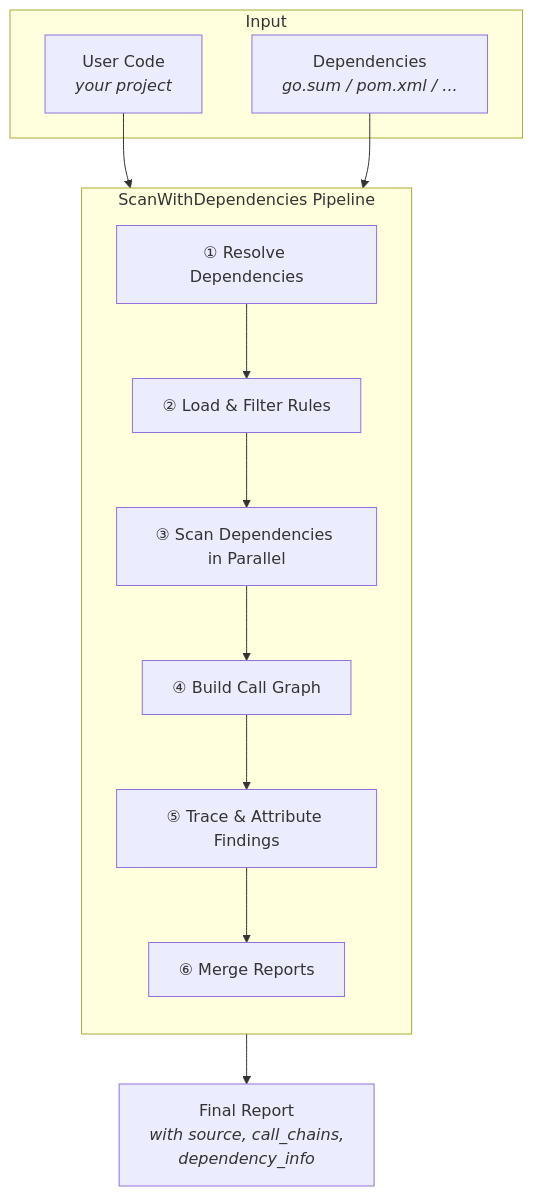
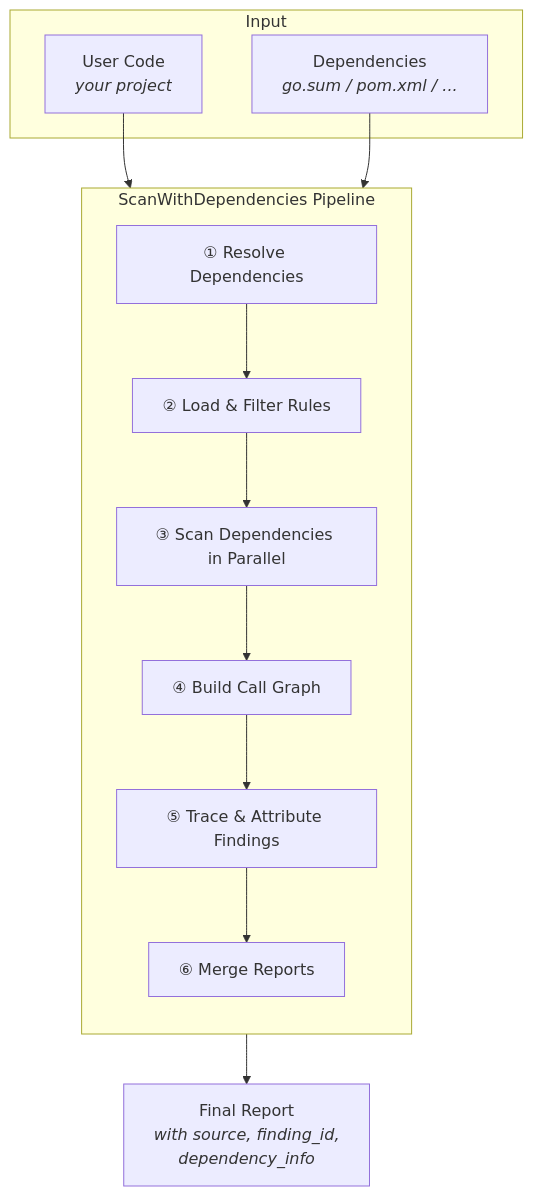
The first of 7 diagrams in docs/DEPENDENCY_SCANNING.md (scanoss/crypto-finder), drawn with Mermaid before and after one commit. The commit also changed other lines of this file and 92 other files, not shown here.

````diff
--- a/docs/DEPENDENCY_SCANNING.md
+++ b/docs/DEPENDENCY_SCANNING.md
@@ -9,24 +11,24 @@
 ```mermaid
 flowchart TB
     subgraph Input
         UC[User Code<br/><i>your project</i>]
         DEP[Dependencies<br/><i>go.sum / pom.xml / ...</i>]
     end
 
     subgraph Pipeline["ScanWithDependencies Pipeline"]
         direction TB
         S1["① Resolve Dependencies"]
         S2["② Load & Filter Rules"]
         S3["③ Scan Dependencies in Parallel"]
         S4["④ Build Call Graph"]
         S5["⑤ Trace & Attribute Findings"]
         S6["⑥ Merge Reports"]
 
         S1 --> S2 --> S3 --> S4 --> S5 --> S6
     end
 
     UC --> S1
     DEP --> S1
 
-    S6 --> OUT[Final Report<br/><i>with source, call_chains,<br/>dependency_info</i>]
+    S6 --> OUT[Final Report<br/><i>with source, finding_id,<br/>dependency_info</i>]
 ```
````
